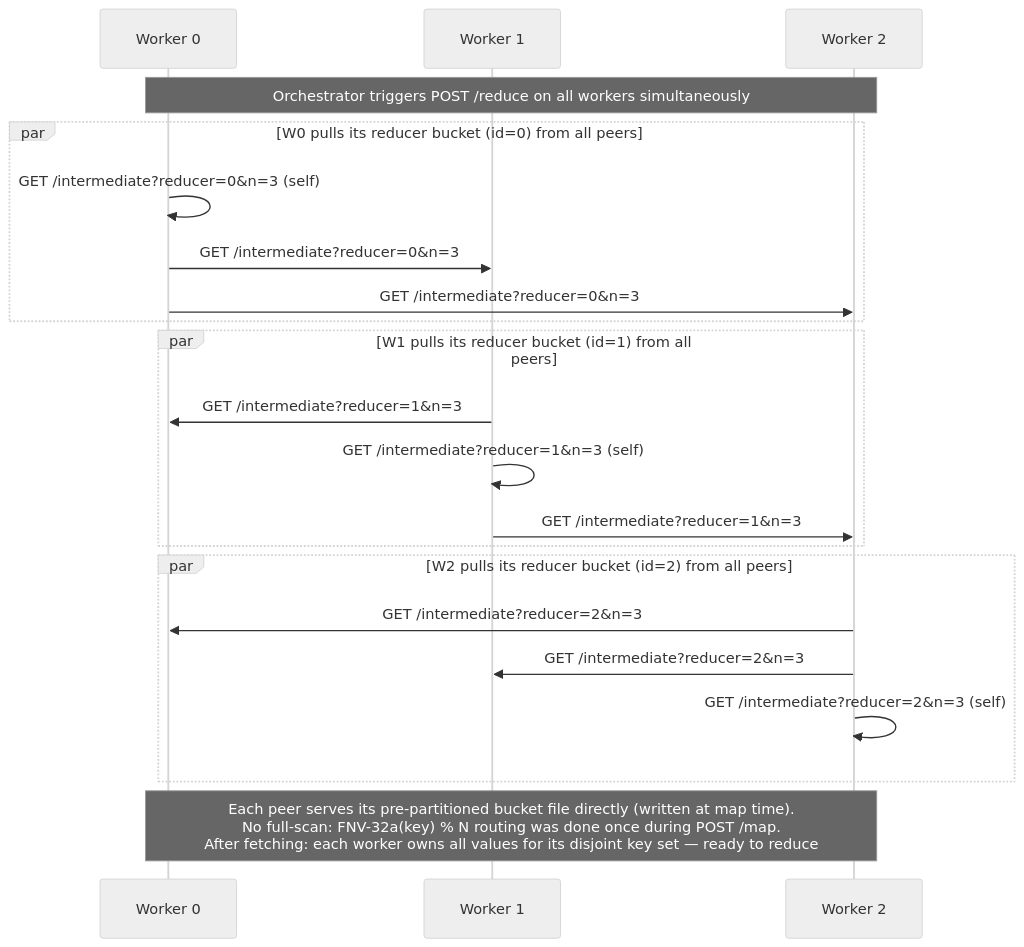
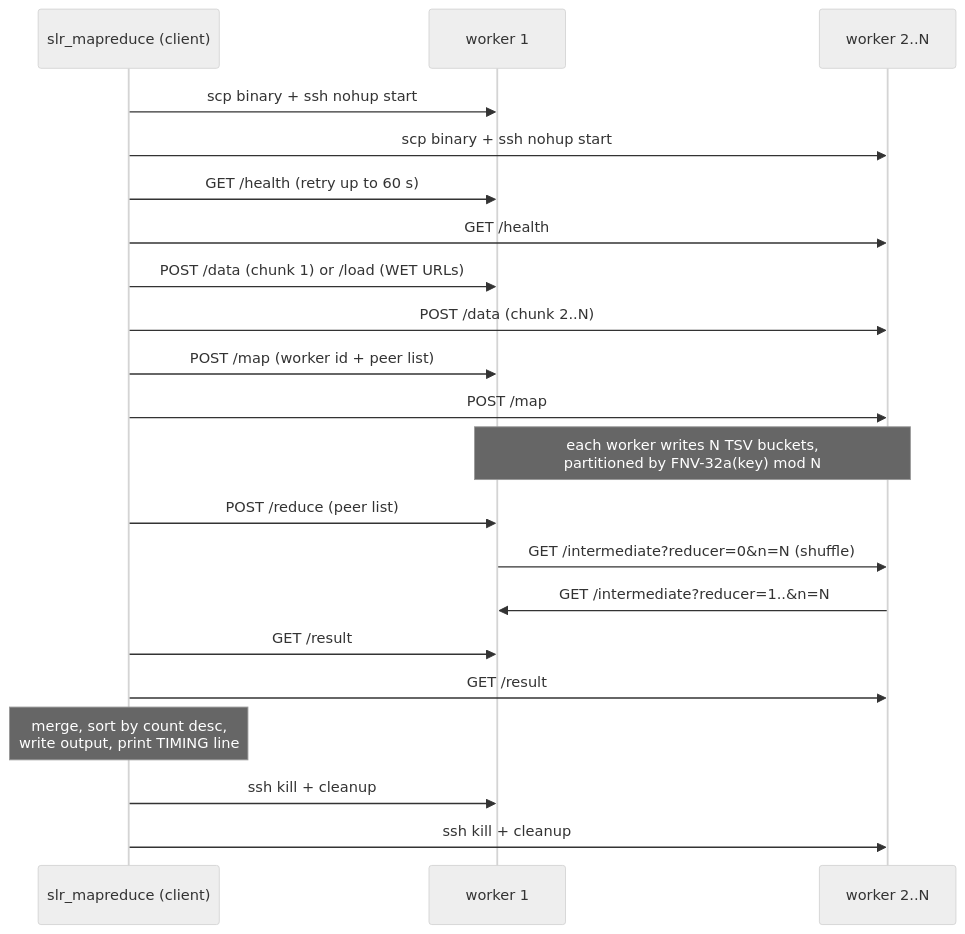
One commit to danielefam/slr_map_reduce changed the diagram in README.md. Above: the diagram before and after it, drawn with Mermaid (neutral theme). The commit also changed other lines of this file and 19 other files, not shown here.

First line of the commit message:
Implement C++ MapReduce framework with worker and mapreduce executables

````diff
--- a/README.md
+++ b/README.md
@@ -318,28 +155,24 @@
 ```mermaid
 sequenceDiagram
-    participant W0 as Worker 0
-    participant W1 as Worker 1
-    participant W2 as Worker 2
+    participant C as slr_mapreduce (client)
+    participant W1 as worker 1
+    participant W2 as worker 2..N
 
-    Note over W0,W2: Orchestrator triggers POST /reduce on all workers simultaneously
-
-    par W0 pulls its reducer bucket (id=0) from all peers
-        W0->>W0: GET /intermediate?reducer=0&n=3 (self)
-        W0->>W1: GET /intermediate?reducer=0&n=3
-        W0->>W2: GET /intermediate?reducer=0&n=3
-    end
-
-    par W1 pulls its reducer bucket (id=1) from all peers
-        W1->>W0: GET /intermediate?reducer=1&n=3
-        W1->>W1: GET /intermediate?reducer=1&n=3 (self)
-        W1->>W2: GET /intermediate?reducer=1&n=3
-    end
-
-    par W2 pulls its reducer bucket (id=2) from all peers
-        W2->>W0: GET /intermediate?reducer=2&n=3
-        W2->>W1: GET /intermediate?reducer=2&n=3
-        W2->>W2: GET /intermediate?reducer=2&n=3 (self)
-    end
-
-    Note over W0,W2: Each peer serves its pre-partitioned bucket file directly (written at map time).<br/>No full-scan: FNV-32a(key) % N routing was done once during POST /map.<br/>After fetching: each worker owns all values for its disjoint key set — ready to reduce
+    C->>W1: scp binary + ssh nohup start
+    C->>W2: scp binary + ssh nohup start
+    C->>W1: GET /health (retry up to 60 s)
+    C->>W2: GET /health
+    C->>W1: POST /data (chunk 1) or /load (WET URLs)
+    C->>W2: POST /data (chunk 2..N)
+    C->>W1: POST /map  (worker id + peer list)
+    C->>W2: POST /map
+    Note over W1,W2: each worker writes N TSV buckets,<br/>partitioned by FNV-32a(key) mod N
+    C->>W1: POST /reduce (peer list)
+    W1->>W2: GET /intermediate?reducer=0&n=N  (shuffle)
+    W2->>W1: GET /intermediate?reducer=1..&n=N
+    C->>W1: GET /result
+    C->>W2: GET /result
+    Note over C: merge, sort by count desc,<br/>write output, print TIMING line
+    C->>W1: ssh kill + cleanup
+    C->>W2: ssh kill + cleanup
 ```
````
